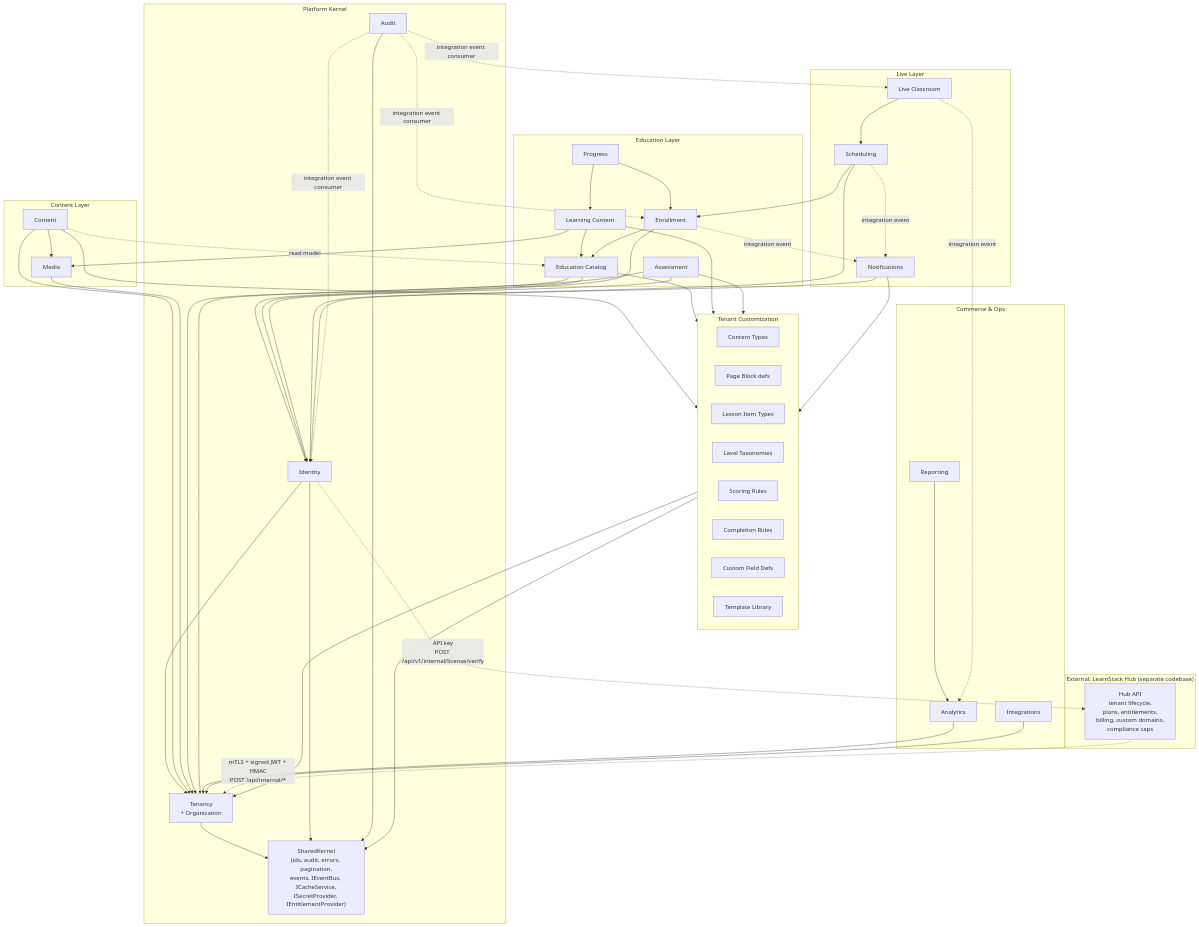
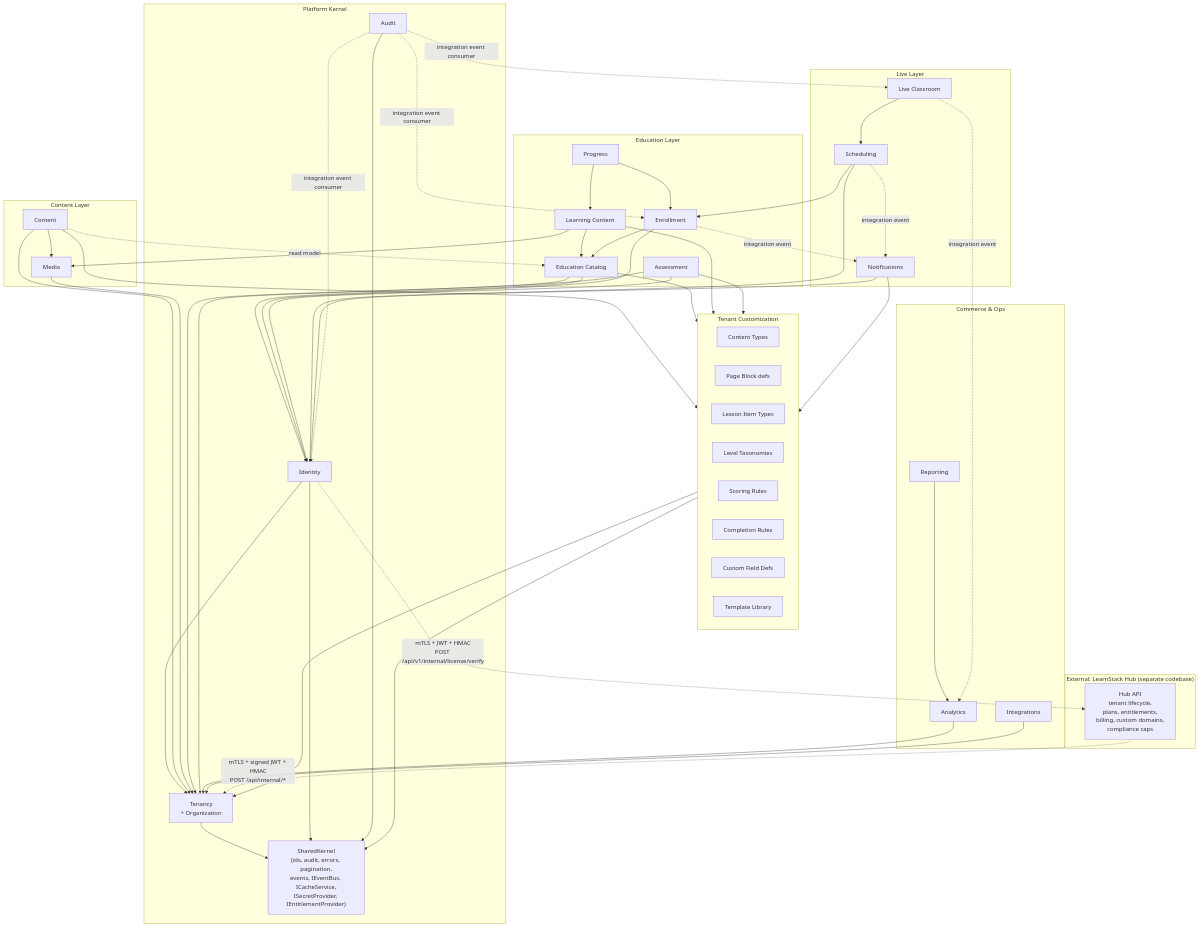
Before and after one commit to HodeTech/LearnStack: the diagram in docs/architecture/03-module-boundaries.md, drawn with Mermaid. The commit also changed other lines of this file and 97 other files, not shown here.

First line of the commit message:
docs: restructure the roadmap around the one-way-door test, and close 151 audit findings (#9)

````diff
--- a/docs/architecture/03-module-boundaries.md
+++ b/docs/architecture/03-module-boundaries.md
@@ -121,5 +121,5 @@
   audit -. integration event consumer .-> classroom
 
   hubapi -. "mTLS + signed JWT + HMAC<br/>POST /api/internal/*" .-> tenancy
-  identity -. "API key<br/>POST /api/v1/internal/license/verify" .-> hubapi
+  identity -. "mTLS + JWT + HMAC<br/>POST /api/v1/internal/license/verify" .-> hubapi
 ```
````
